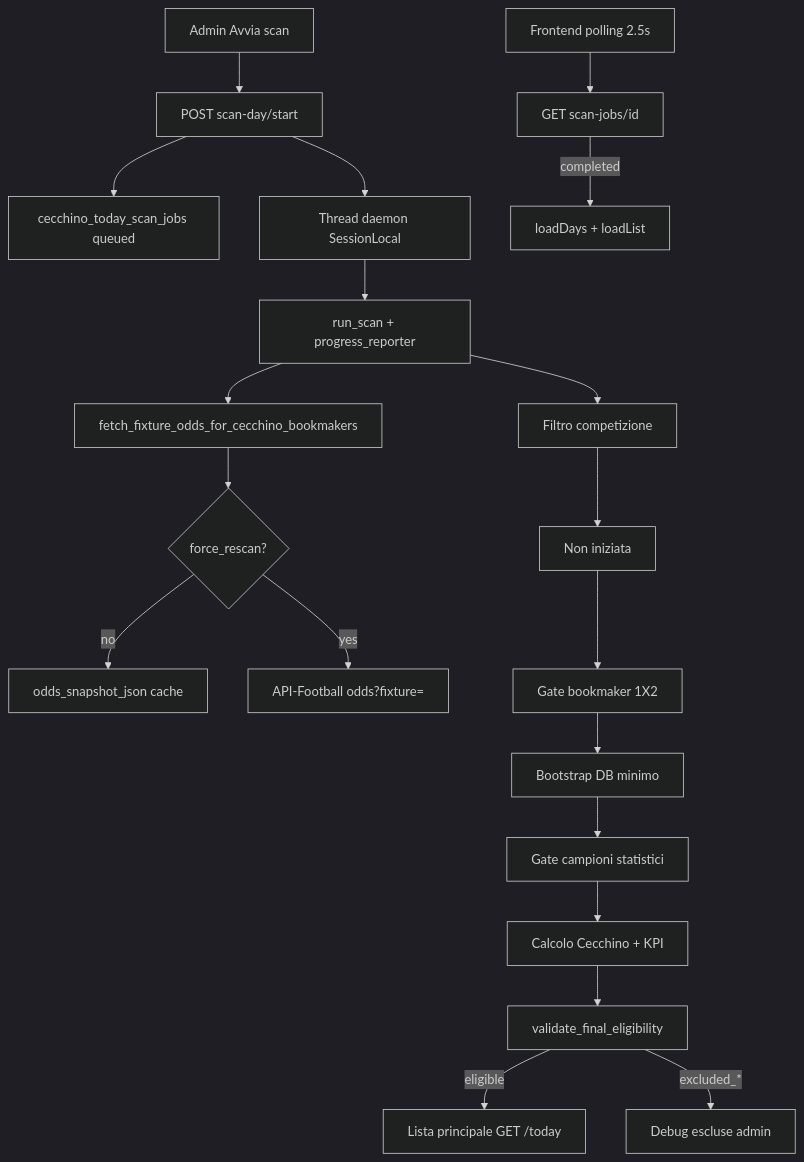
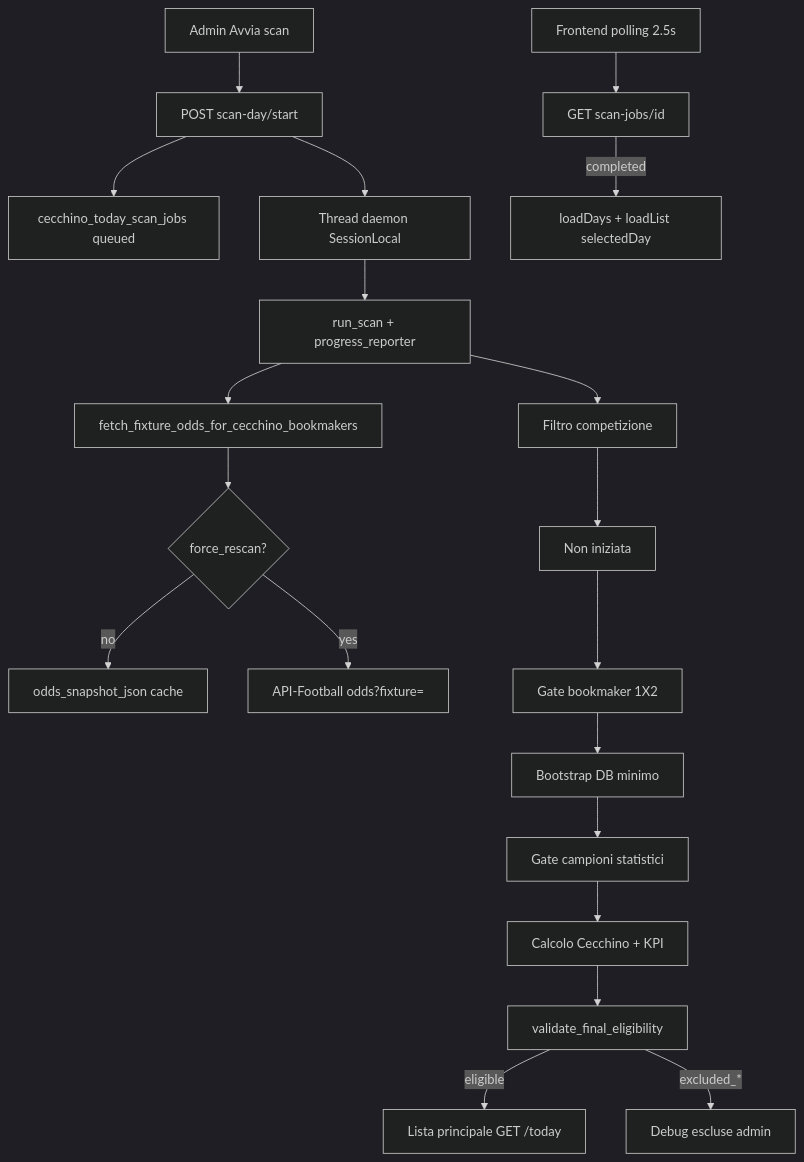
The first of 2 diagrams in docs/SOT_PREDICTOR_PIPELINE_OPERATIVA.md (Rccard92/football-sot-predictor), drawn with Mermaid (dark theme) before and after one commit. The commit also changed other lines of this file and 13 other files, not shown here.

````diff
--- a/docs/SOT_PREDICTOR_PIPELINE_OPERATIVA.md
+++ b/docs/SOT_PREDICTOR_PIPELINE_OPERATIVA.md
@@ -5,22 +5,22 @@
 ```mermaid
 flowchart TD
   startUI[Admin Avvia scan] --> startEP[POST scan-day/start]
   startEP --> jobRow[cecchino_today_scan_jobs queued]
   startEP --> thread[Thread daemon SessionLocal]
   thread --> runScan[run_scan + progress_reporter]
   runScan --> oddsOpt[fetch_fixture_odds_for_cecchino_bookmakers]
   oddsOpt --> cache{force_rescan?}
   cache -->|no| snapshotReuse[odds_snapshot_json cache]
   cache -->|yes| apiCall[API-Football odds?fixture=]
   runScan --> compFilter[Filtro competizione]
   compFilter --> startedGate[Non iniziata]
   startedGate --> bmGate[Gate bookmaker 1X2]
   bmGate --> bootstrap[Bootstrap DB minimo]
   bootstrap --> statsGate[Gate campioni statistici]
   statsGate --> calc[Calcolo Cecchino + KPI]
   calc --> finalGate[validate_final_eligibility]
   finalGate -->|eligible| listMain[Lista principale GET /today]
   finalGate -->|excluded_*| debugExcluded[Debug escluse admin]
   pollUI[Frontend polling 2.5s] --> jobUpdate[GET scan-jobs/id]
-  jobUpdate -->|completed| reloadUI[loadDays + loadList]
+  jobUpdate -->|completed| reloadUI[loadDays + loadList selectedDay]
 ```
````
